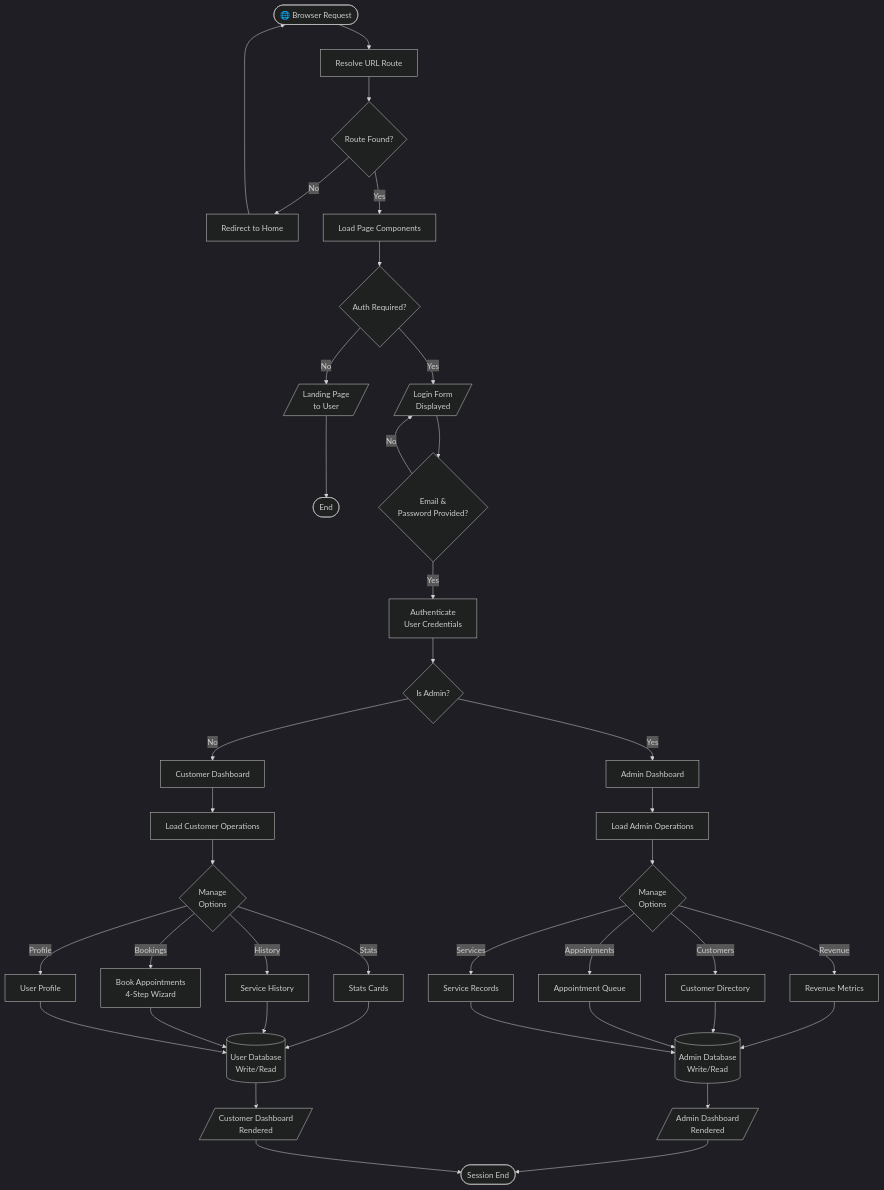
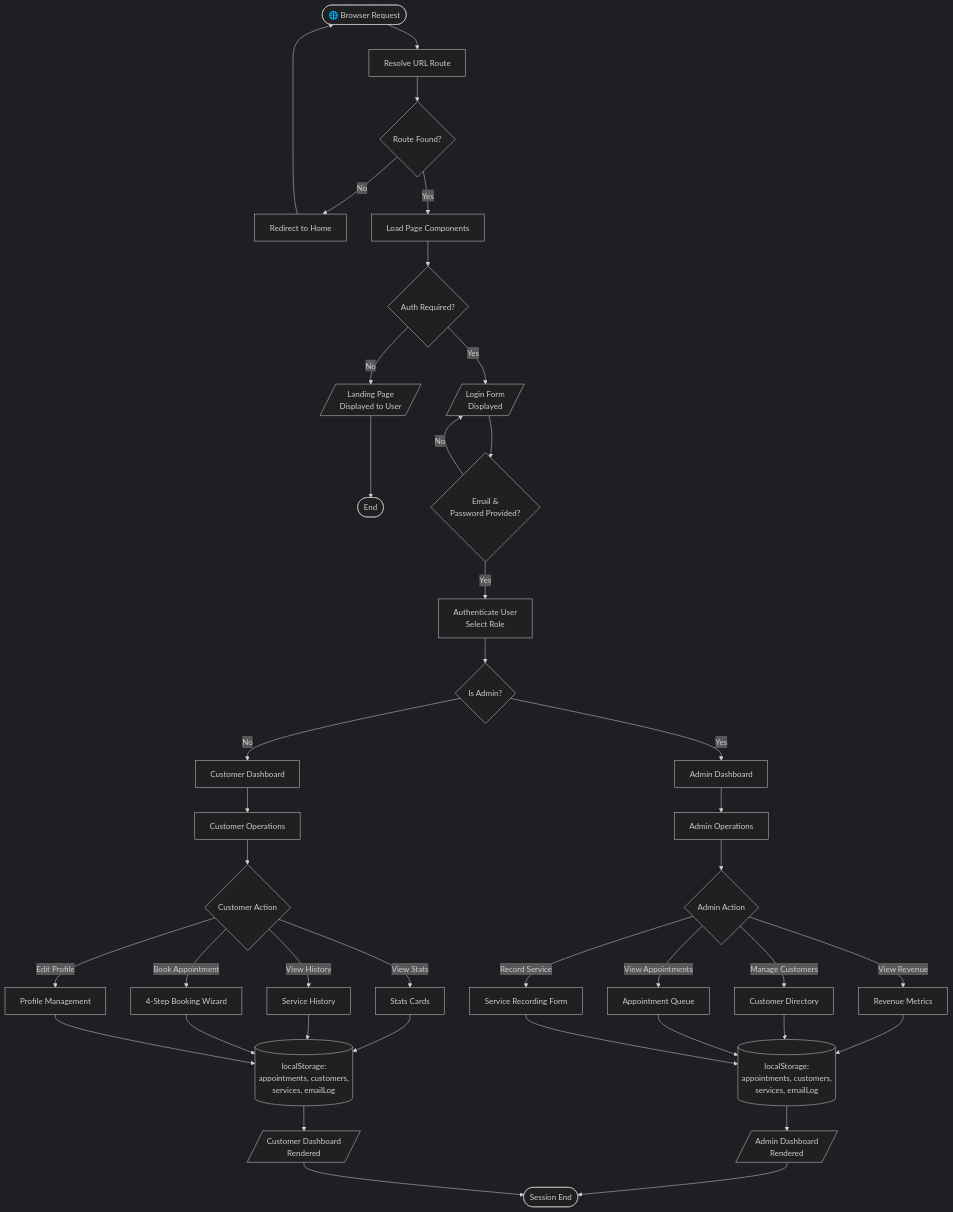
One commit to pandadoor/crm changed the first of 2 diagrams in README.md. Above: the diagram before and after it, drawn with Mermaid (dark theme). The commit also changed other lines of this file, not shown here.

Commit message:
fix: rewrite system flowchart - remove non-existent RDBMS, reflect localStorage-based SPA architecture

````diff
--- a/README.md
+++ b/README.md
@@ -55,45 +55,45 @@
 ```mermaid
 graph TD
     A([🌐 Browser Request]) --> B[Resolve URL Route]
     B --> C{Route Found?}
     C -->|No| D[Redirect to Home]
     D --> A
     C -->|Yes| E[Load Page Components]
     E --> F{Auth Required?}
-    F -->|No| G[/Landing Page<br/>to User/]
+    F -->|No| G[/Landing Page<br/>Displayed to User/]
     G --> Z([End])
     F -->|Yes| H[/Login Form<br/>Displayed/]
     H --> I{Email &<br/>Password Provided?}
     I -->|No| H
-    I -->|Yes| J[Authenticate<br/>User Credentials]
+    I -->|Yes| J[Authenticate User<br/>Select Role]
     J --> K{Is Admin?}
     K -->|Yes| L[Admin Dashboard]
     K -->|No| M[Customer Dashboard]
 
-    L --> N[Load Admin Operations]
-    N --> O{Manage<br/>Options}
-    O -->|Revenue| O1[Revenue Metrics]
-    O -->|Customers| O2[Customer Directory]
-    O -->|Appointments| O3[Appointment Queue]
-    O -->|Services| O4[Service Records]
-    O1 --> O5[(Admin Database<br/>Write/Read)]
-    O2 --> O5
-    O3 --> O5
-    O4 --> O5
+    L --> N[Admin Operations]
+    N --> O{Admin Action}
+    O -->|View Revenue| O1[Revenue Metrics]
+    O -->|Manage Customers| O2[Customer Directory]
+    O -->|View Appointments| O3[Appointment Queue]
+    O -->|Record Service| O4[Service Recording Form]
+    O1 --> P1[(localStorage:<br/>appointments, customers,<br/>services, emailLog)]
+    O2 --> P1
+    O3 --> P1
+    O4 --> P1
 
-    M --> P[Load Customer Operations]
-    P --> Q{Manage<br/>Options}
-    Q -->|Stats| Q1[Stats Cards]
-    Q -->|History| Q2[Service History]
-    Q -->|Bookings| Q3[Book Appointments<br/>4-Step Wizard]
-    Q -->|Profile| Q4[User Profile]
-    Q1 --> Q5[(User Database<br/>Write/Read)]
-    Q2 --> Q5
-    Q3 --> Q5
-    Q4 --> Q5
+    M --> Q[Customer Operations]
+    Q --> R{Customer Action}
+    R -->|View Stats| R1[Stats Cards]
+    R -->|View History| R2[Service History]
+    R -->|Book Appointment| R3[4-Step Booking Wizard]
+    R -->|Edit Profile| R4[Profile Management]
+    R1 --> P2[(localStorage:<br/>appointments, customers,<br/>services, emailLog)]
+    R2 --> P2
+    R3 --> P2
+    R4 --> P2
 
-    O5 --> R[/Admin Dashboard<br/>Rendered/]
-    Q5 --> S[/Customer Dashboard<br/>Rendered/]
-    R --> T([Session End])
-    S --> T
+    P1 --> S[/Admin Dashboard<br/>Rendered/]
+    P2 --> T[/Customer Dashboard<br/>Rendered/]
+    S --> U([Session End])
+    T --> U
 ```
````
